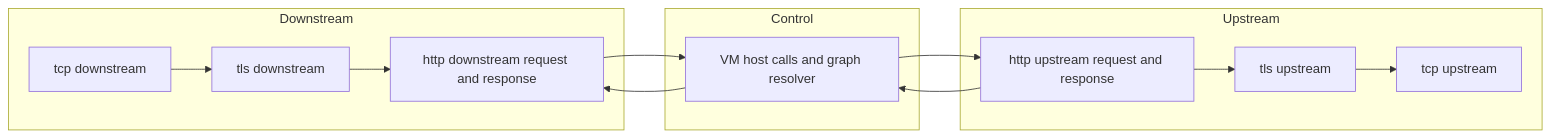
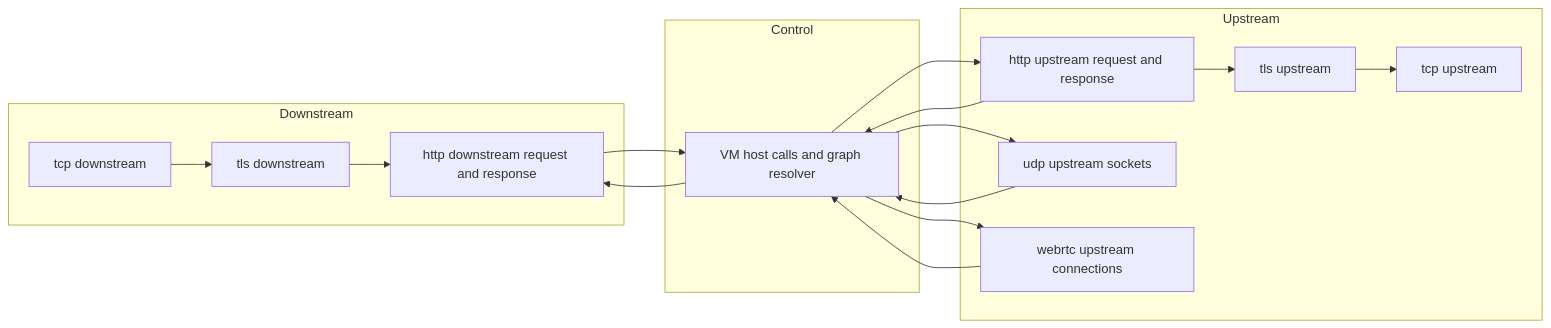
One commit to rustscript-lang/rustscript changed the seventh of 7 diagrams in pd-edge/README.md. Above: the diagram before and after it, drawn with Mermaid. The commit also changed other lines of this file and 4 other files, not shown here.

````diff
--- a/pd-edge/README.md
+++ b/pd-edge/README.md
@@ -563,25 +641,31 @@
 ```mermaid
 flowchart LR
     subgraph Downstream["Downstream"]
         D1["tcp downstream"]
         D2["tls downstream"]
         D3["http downstream request and response"]
         D1 --> D2 --> D3
     end
 
     subgraph Control["Control"]
         V["VM host calls and graph resolver"]
     end
 
     subgraph Upstream["Upstream"]
         U3["http upstream request and response"]
         U2["tls upstream"]
         U1["tcp upstream"]
+        UU["udp upstream sockets"]
+        UW["webrtc upstream connections"]
         U3 --> U2 --> U1
     end
 
     D3 --> V
     V --> U3
     U3 --> V
+    V --> UU
+    UU --> V
+    V --> UW
+    UW --> V
     V --> D3
 ```
````
